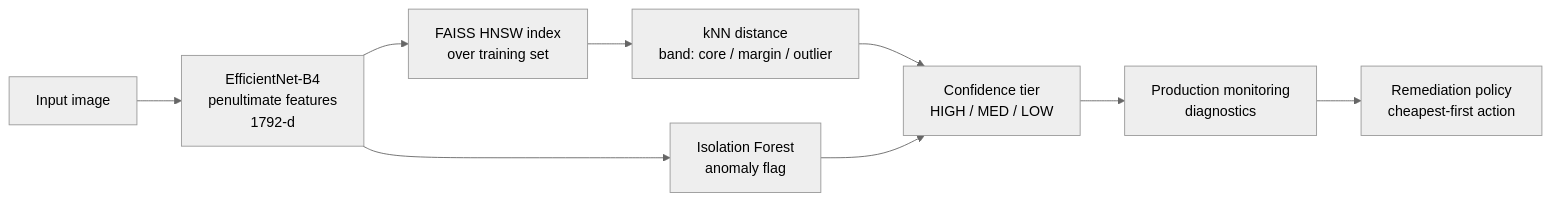
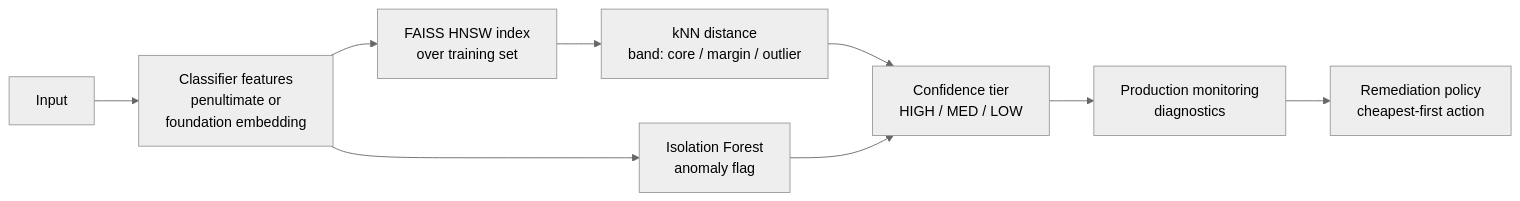
Before and after one commit to norwytch/pitwaller: the diagram in README.md, drawn with Mermaid (neutral theme). The commit also changed other lines of this file and 21 other files, not shown here.

````diff
--- a/README.md
+++ b/README.md
@@ -53,11 +46,11 @@
 ```mermaid
 flowchart LR
-    A[Input image] --> B[EfficientNet-B4<br/>penultimate features<br/>1792-d]
+    A[Input] --> B[Classifier features<br/>penultimate or<br/>foundation embedding]
     B --> C[FAISS HNSW index<br/>over training set]
     C --> D[kNN distance<br/>band: core / margin / outlier]
     B --> E[Isolation Forest<br/>anomaly flag]
     D --> F[Confidence tier<br/>HIGH / MED / LOW]
     E --> F
     F --> G[Production monitoring<br/>diagnostics]
     G --> H[Remediation policy<br/>cheapest-first action]
 ```
````
